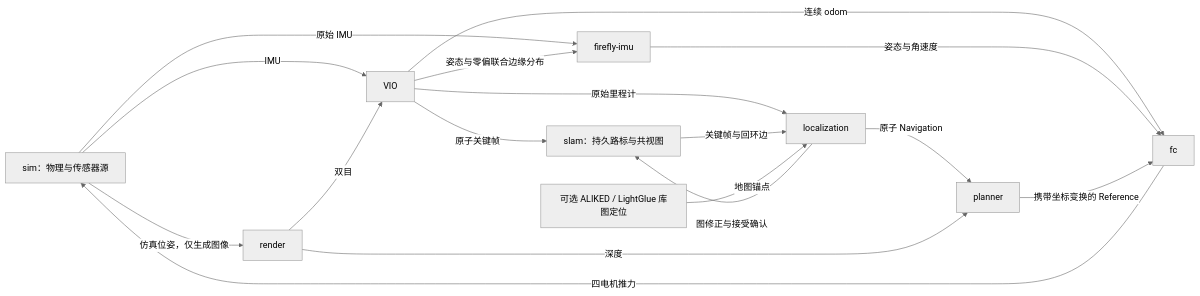
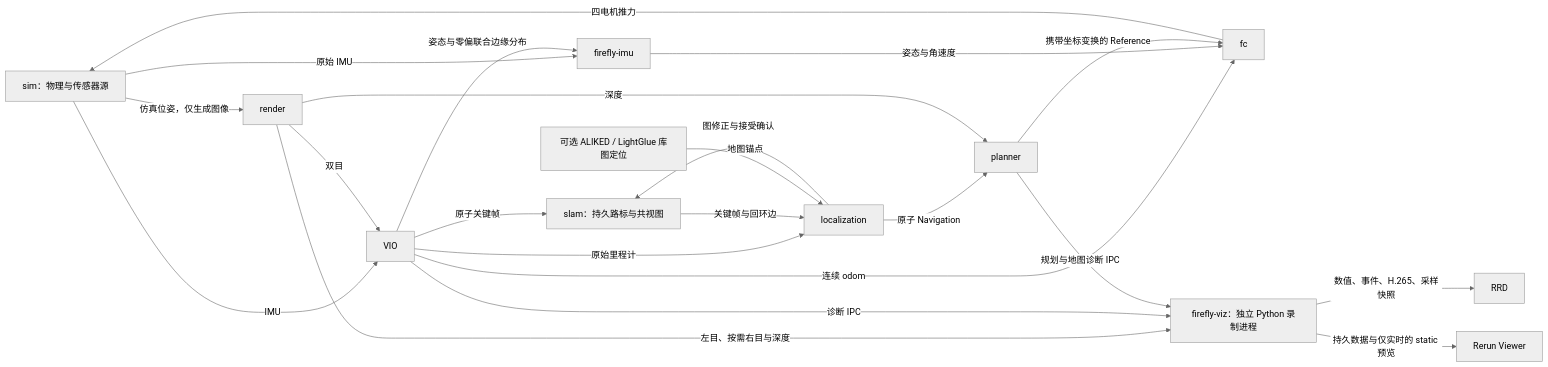
One commit to 3SE-Competitive-Robotics-Team/firefly changed the diagram in docs/architecture.md. Above: the diagram before and after it, drawn with Mermaid (neutral theme). The commit also changed other lines of this file and 50 other files, not shown here.

First line of the commit message:
feat(viz): move debugging to Rerun with bounded H.265 recording

````diff
--- a/docs/architecture.md
+++ b/docs/architecture.md
@@ -11,19 +11,24 @@
 ```mermaid
 flowchart LR
     SIM[sim：物理与传感器源] -->|IMU| V[VIO]
     SIM -->|仿真位姿，仅生成图像| R[render]
     R -->|双目| V
     V -->|连续 odom| F[fc]
     SIM -->|原始 IMU| I[firefly-imu]
     V -->|姿态与零偏联合边缘分布| I
     I -->|姿态与角速度| F
     F -->|四电机推力| SIM
     V -->|原子关键帧| S[slam：持久路标与共视图]
     V -->|原始里程计| L[localization]
     S -->|关键帧与回环边| L
     L -->|图修正与接受确认| S
     A[可选 ALIKED / LightGlue 库图定位] -->|地图锚点| L
     L -->|原子 Navigation| P[planner]
     R -->|深度| P
     P -->|携带坐标变换的 Reference| F
+    R -->|左目、按需右目与深度| D[firefly-viz：独立 Python 录制进程]
+    V -->|诊断 IPC| D
+    P -->|规划与地图诊断 IPC| D
+    D -->|数值、事件、H.265、采样快照| RRD[RRD]
+    D -->|持久数据与仅实时的 static 预览| RV[Rerun Viewer]
 ```
````
